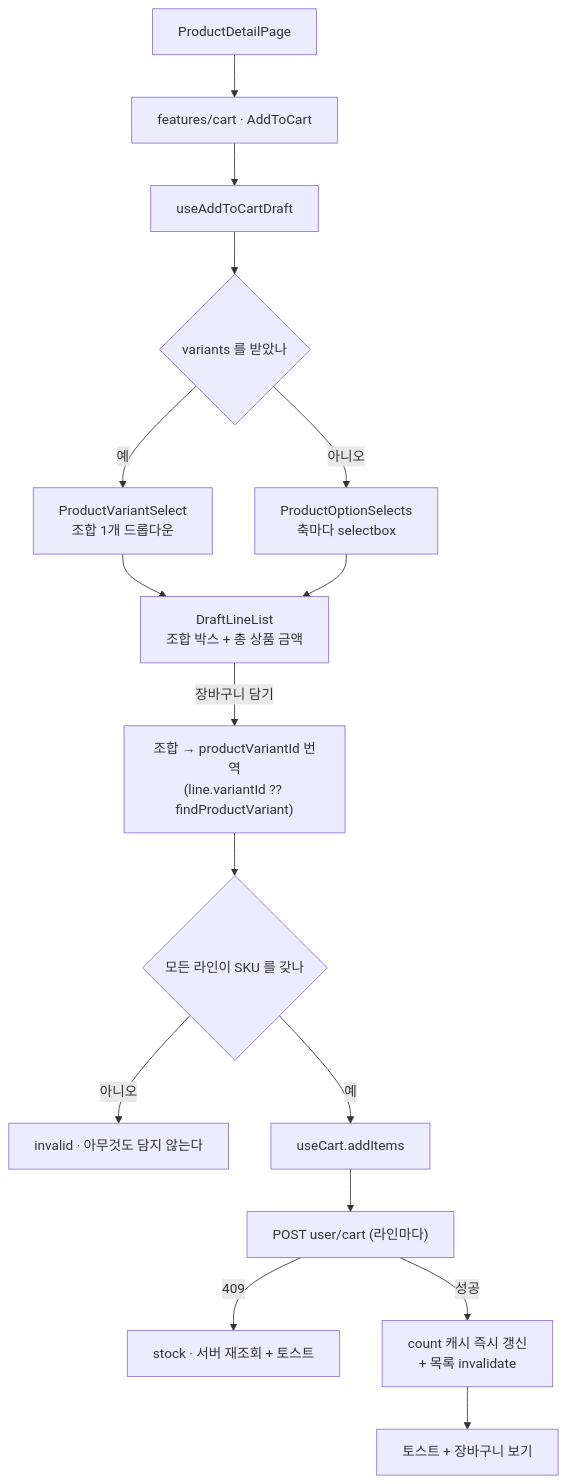
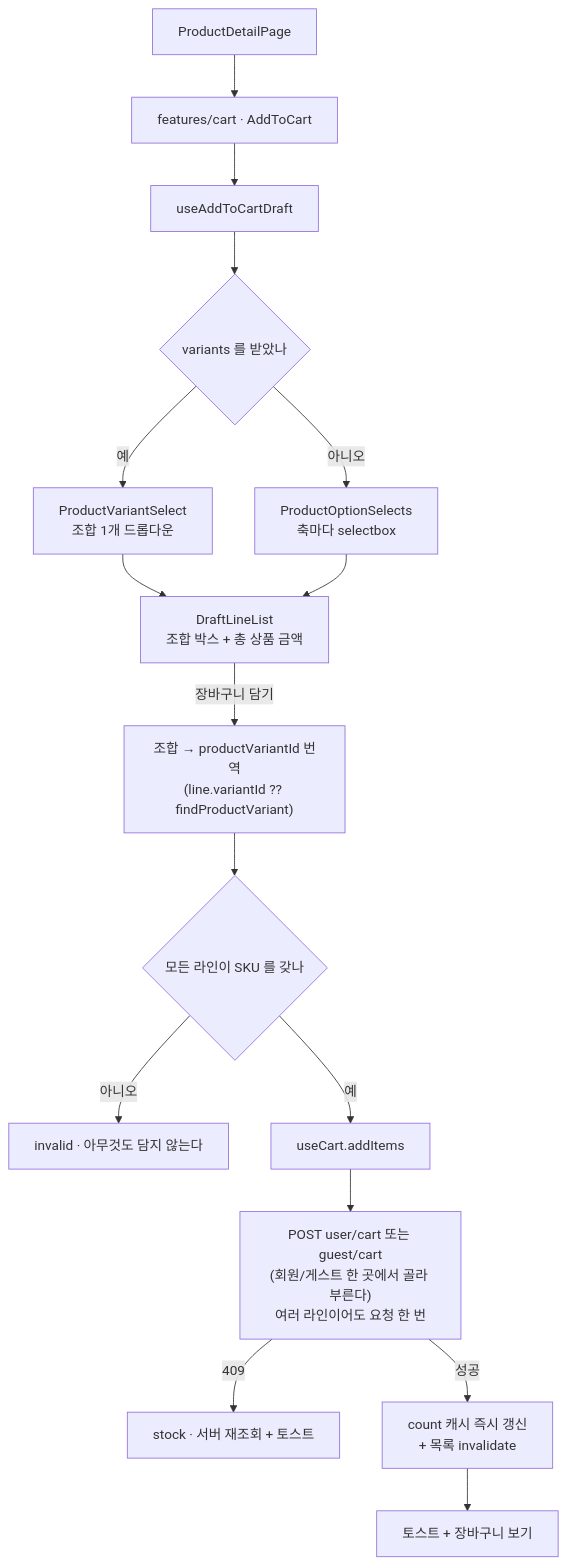
The first of 2 diagrams in apps/web/docs/cart.md (SeoulMomentTech/seoul-moment-fe), drawn with Mermaid before and after one commit. The commit also changed other lines of this file and 11 other files, not shown here.

````diff
--- a/apps/web/docs/cart.md
+++ b/apps/web/docs/cart.md
@@ -74,18 +82,18 @@
 ```mermaid
 flowchart TD
   A["ProductDetailPage"] --> B["features/cart · AddToCart"]
   B --> C["useAddToCartDraft"]
   C --> D{"variants 를 받았나"}
   D -->|"예"| E["ProductVariantSelect<br/>조합 1개 드롭다운"]
   D -->|"아니오"| F["ProductOptionSelects<br/>축마다 selectbox"]
   E --> G["DraftLineList<br/>조합 박스 + 총 상품 금액"]
   F --> G
   G -->|"장바구니 담기"| H["조합 → productVariantId 번역<br/>(line.variantId ?? findProductVariant)"]
   H --> I{"모든 라인이 SKU 를 갖나"}
   I -->|"아니오"| J["invalid · 아무것도 담지 않는다"]
   I -->|"예"| K["useCart.addItems"]
-  K --> L["POST user/cart (라인마다)"]
+  K --> L["POST user/cart 또는 guest/cart<br/>(회원/게스트 한 곳에서 골라 부른다)<br/>여러 라인이어도 요청 한 번"]
   L -->|"409"| M["stock · 서버 재조회 + 토스트"]
   L -->|"성공"| N["count 캐시 즉시 갱신<br/>+ 목록 invalidate"]
   N --> O["토스트 + 장바구니 보기"]
 ```
````
